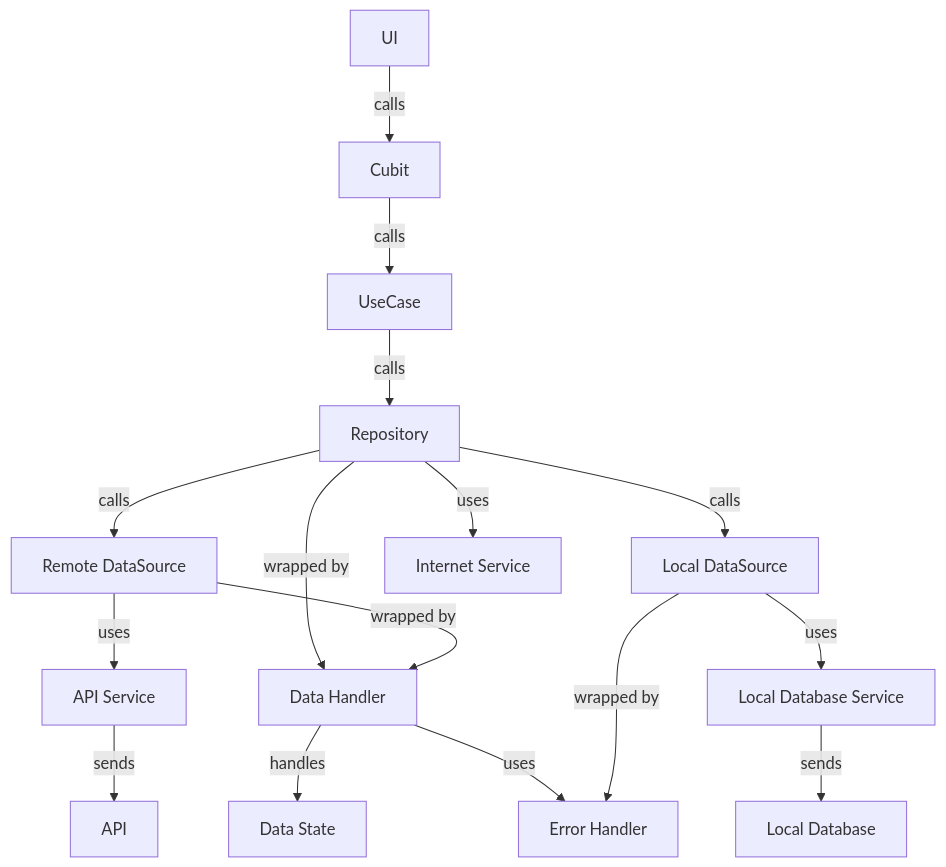
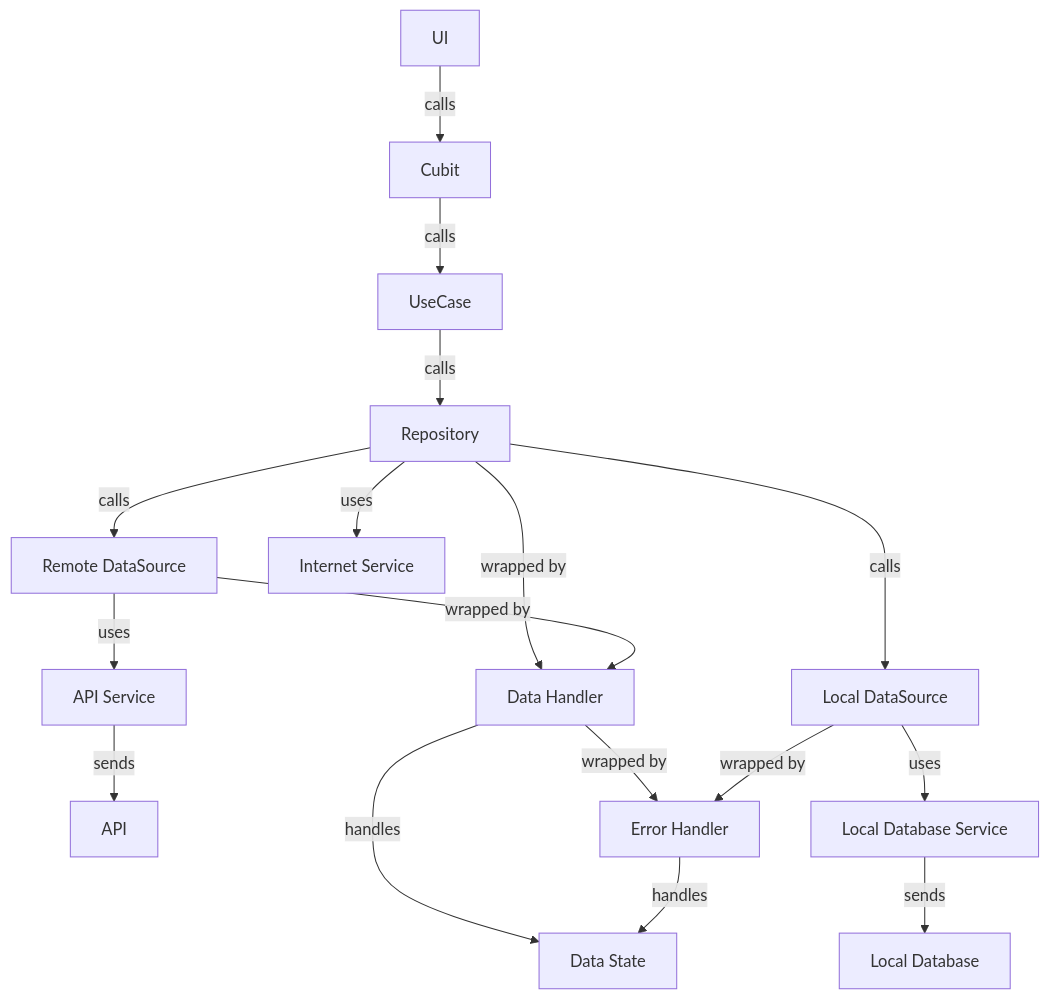
One commit to gaurishankar007/Flutter-Clean-Architecture changed the second of 3 diagrams in README.md. Above: the diagram before and after it, drawn with Mermaid. The commit also changed other lines of this file, not shown here.

Commit message:
fix: API diagrams

````diff
--- a/README.md
+++ b/README.md
@@ -291,17 +291,18 @@
 ```mermaid
 flowchart TD
   Z["UI"] -- calls --> A["Cubit"]
   A -- calls --> B["UseCase"]
   B -- calls --> C["Repository"]
   C -- calls --> D["Remote DataSource"] & E["Local DataSource"]
   C -- uses --> F["Internet Service"]
   C -- wrapped by --> G["Data Handler"]
   G -- handles --> H["Data State"]
   D -- uses --> I["API Service"]
   D -- wrapped by --> G
   I -- sends --> J["API"]
-  G -->|uses| M
+  G -- wrapped by --> M["Error Handler"]
   E -- uses --> K["Local Database Service"]
-  E -- wrapped by --> M["Error Handler"]
+  E -- wrapped by --> M
+  M -- handles --> H
   K -- sends --> L["Local Database"]
 ```
````
